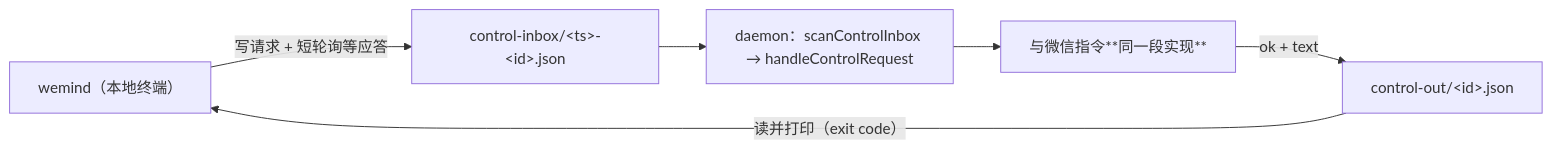
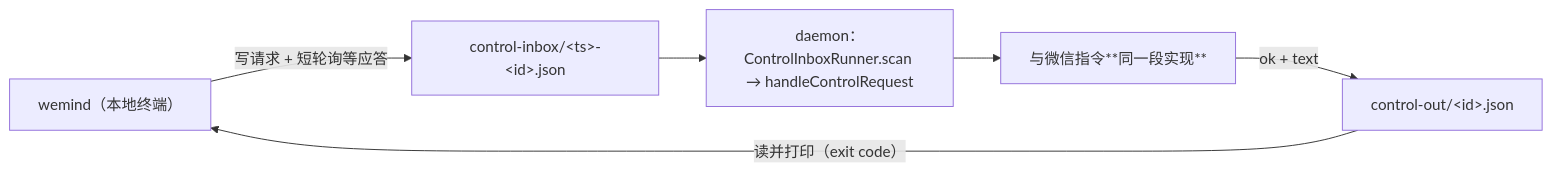
One commit to imwangpan/WeMind changed the fourth of 4 diagrams in docs/repowiki/07-远程任务-Worker.md. Above: the diagram before and after it, drawn with Mermaid. The commit also changed other lines of this file and 14 other files, not shown here.

````diff
--- a/docs/repowiki/07-远程任务-Worker.md
+++ b/docs/repowiki/07-远程任务-Worker.md
@@ -235,14 +235,14 @@
 ```mermaid
 graph LR
     CLI["wemind（本地终端）"]
     IN["control-inbox/&lt;ts&gt;-&lt;id&gt;.json"]
     OUT["control-out/&lt;id&gt;.json"]
-    DM["daemon：scanControlInbox → handleControlRequest"]
+    DM["daemon：ControlInboxRunner.scan → handleControlRequest"]
     SAME["与微信指令**同一段实现**"]
 
     CLI -->|写请求 + 短轮询等应答| IN
     IN --> DM
     DM --> SAME
     SAME -->|ok + text| OUT
     OUT -->|读并打印（exit code）| CLI
 ```
````
